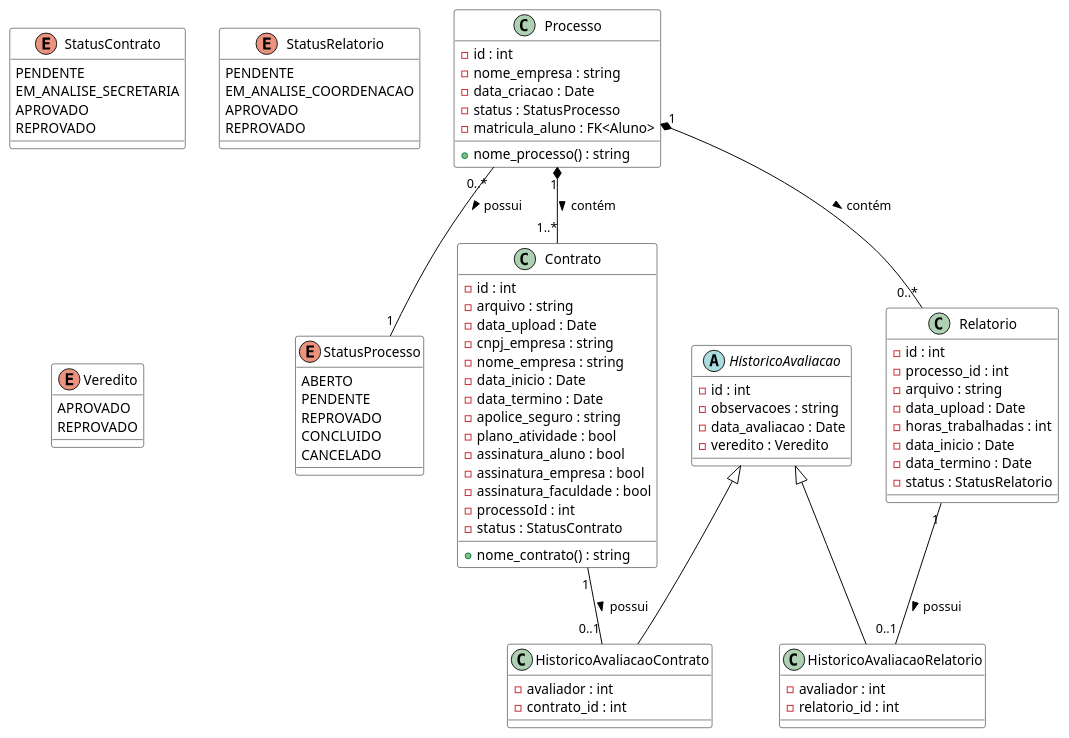
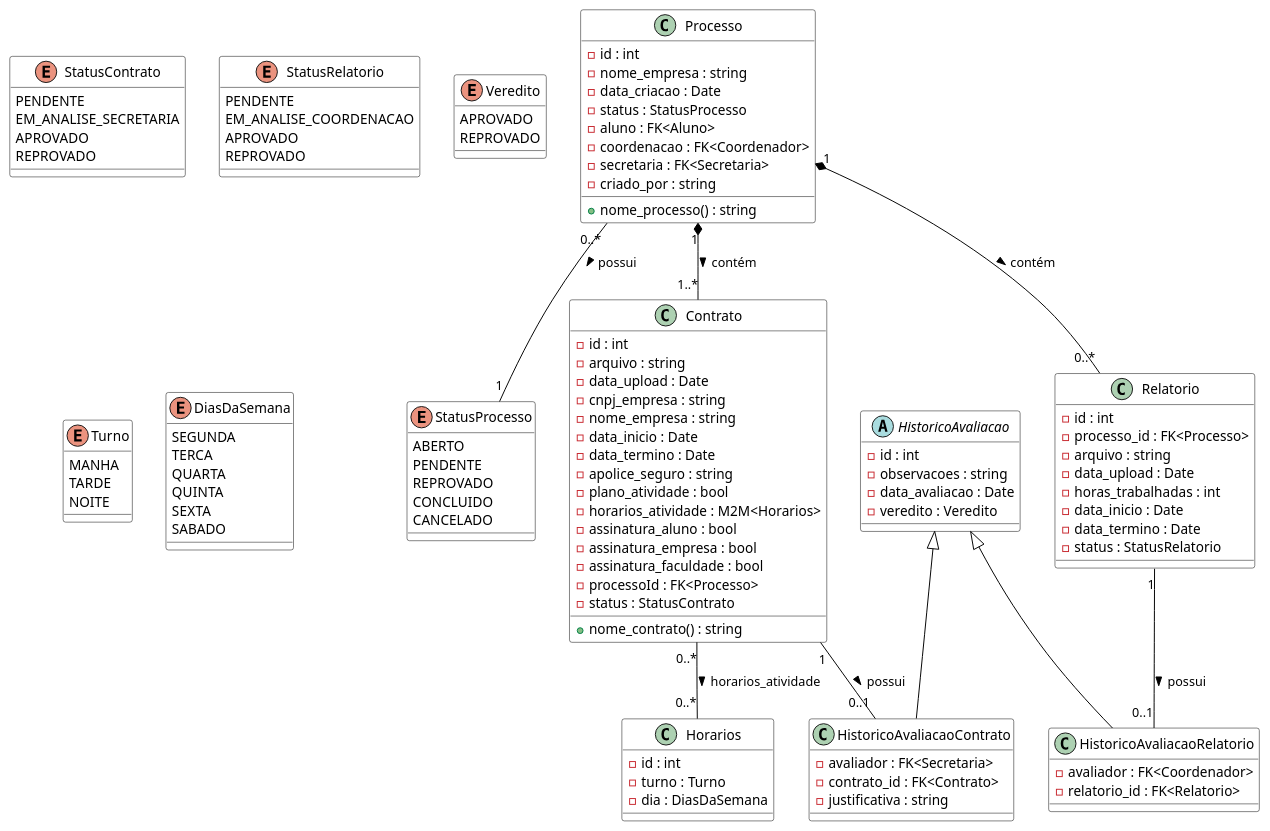
One commit to Projetos-de-Extensao/PBE_26.1_8002_III changed the diagram in docs/assets/Diagramas/src/diagrama_classes_processo.puml. Above: the diagram before and after it, drawn with PlantUML. The commit also changed 7 other files, not shown here.

Commit message:
docs: atualização dos diagramas de classe para refletir o desenvolvimento

```diff
--- a/docs/assets/Diagramas/src/diagrama_classes_processo.puml
+++ b/docs/assets/Diagramas/src/diagrama_classes_processo.puml
@@ -1,102 +1,130 @@
 @startuml
 
 ' --- Estilos ---
 skinparam class {
     BackgroundColor White
     ArrowColor Black
     BorderColor Black
 }
 
 ' --- Enums ---
 enum StatusProcesso {
     ABERTO
     PENDENTE
     REPROVADO
     CONCLUIDO
     CANCELADO
 }
 
 enum StatusContrato {
     PENDENTE
     EM_ANALISE_SECRETARIA
     APROVADO
     REPROVADO
 }
 
 enum StatusRelatorio {
     PENDENTE
     EM_ANALISE_COORDENACAO
     APROVADO
     REPROVADO
 }
 
 enum Veredito {
     APROVADO
     REPROVADO
 }
 
+enum Turno {
+    MANHA
+    TARDE
+    NOITE
+}
+
+enum DiasDaSemana {
+    SEGUNDA
+    TERCA
+    QUARTA
+    QUINTA
+    SEXTA
+    SABADO
+}
+
 ' --- Classes de Processo e Documentação ---
 class Processo {
     - id : int
     - nome_empresa : string
     - data_criacao : Date
     - status : StatusProcesso
-    - matricula_aluno : FK<Aluno>
+    - aluno : FK<Aluno>
+    - coordenacao : FK<Coordenador>
+    - secretaria : FK<Secretaria>
+    - criado_por : string
     + nome_processo() : string
 }
 
 class Contrato {
     - id : int
     - arquivo : string
     - data_upload : Date
     - cnpj_empresa : string
     - nome_empresa : string
     - data_inicio : Date
     - data_termino : Date
     - apolice_seguro : string
     - plano_atividade : bool
+    - horarios_atividade : M2M<Horarios>
     - assinatura_aluno : bool
     - assinatura_empresa : bool
     - assinatura_faculdade : bool
-    - processoId : int
+    - processoId : FK<Processo>
     - status : StatusContrato
     + nome_contrato() : string
 }
 
 class Relatorio {
     - id : int
-    - processo_id : int
+    - processo_id : FK<Processo>
     - arquivo : string
     - data_upload : Date
     - horas_trabalhadas : int
     - data_inicio : Date
     - data_termino : Date
     - status : StatusRelatorio
 }
 
 abstract class HistoricoAvaliacao {
     - id : int
     - observacoes : string
     - data_avaliacao : Date
     - veredito : Veredito
 }
 
 class HistoricoAvaliacaoRelatorio extends HistoricoAvaliacao {
-    - avaliador : int
-    - relatorio_id : int
+    - avaliador : FK<Coordenador>
+    - relatorio_id : FK<Relatorio>
 }
 
 class HistoricoAvaliacaoContrato extends HistoricoAvaliacao {
-    - avaliador : int
-    - contrato_id : int
+    - avaliador : FK<Secretaria>
+    - contrato_id : FK<Contrato>
+    - justificativa : string
+}
+
+class Horarios {
+    - id : int
+    - turno : Turno
+    - dia : DiasDaSemana
 }
 
 ' --- Relacionamentos de Processo ---
 Processo "1" *-- "1..*" Contrato : contém >
 Processo "1" *-- "0..*" Relatorio : contém >
 Processo "0..*" -- "1" StatusProcesso : possui >
 
+Contrato "0..*" -- "0..*" Horarios : horarios_atividade >
+
 Relatorio "1" -- "0..1" HistoricoAvaliacaoRelatorio : possui >
 Contrato "1" -- "0..1" HistoricoAvaliacaoContrato : possui >
 
 @enduml
```
